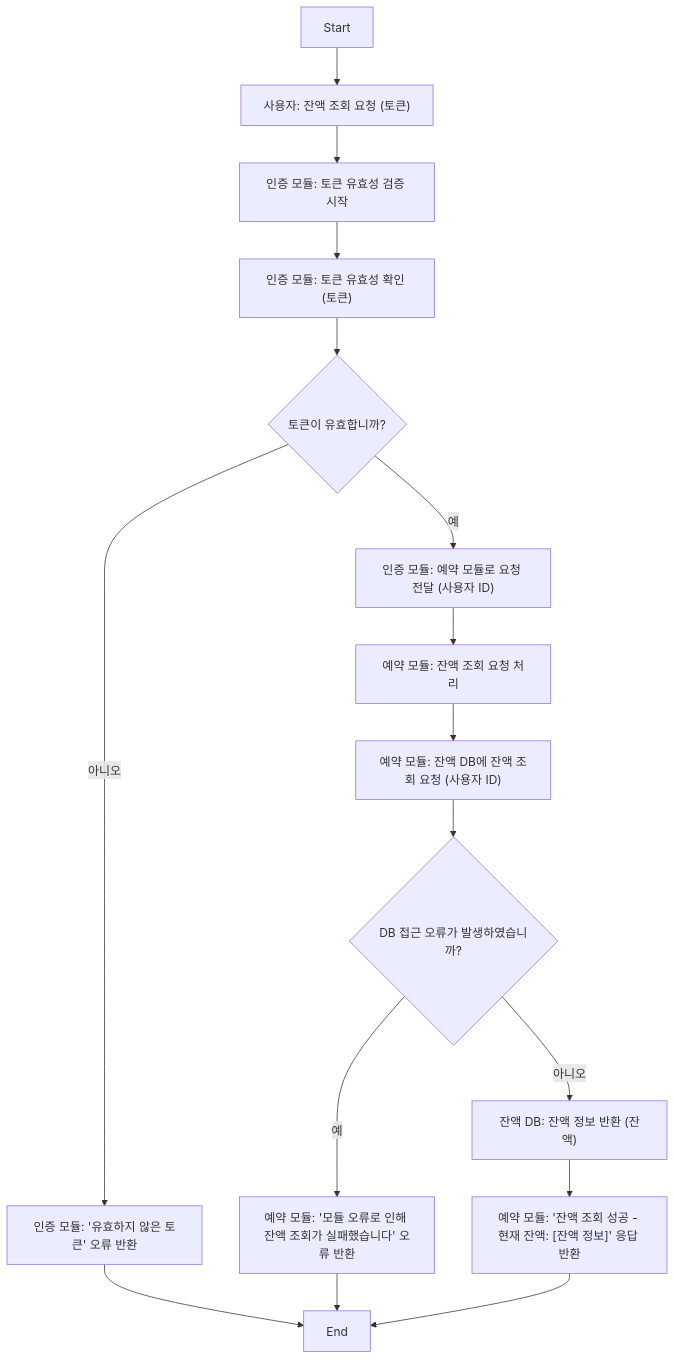
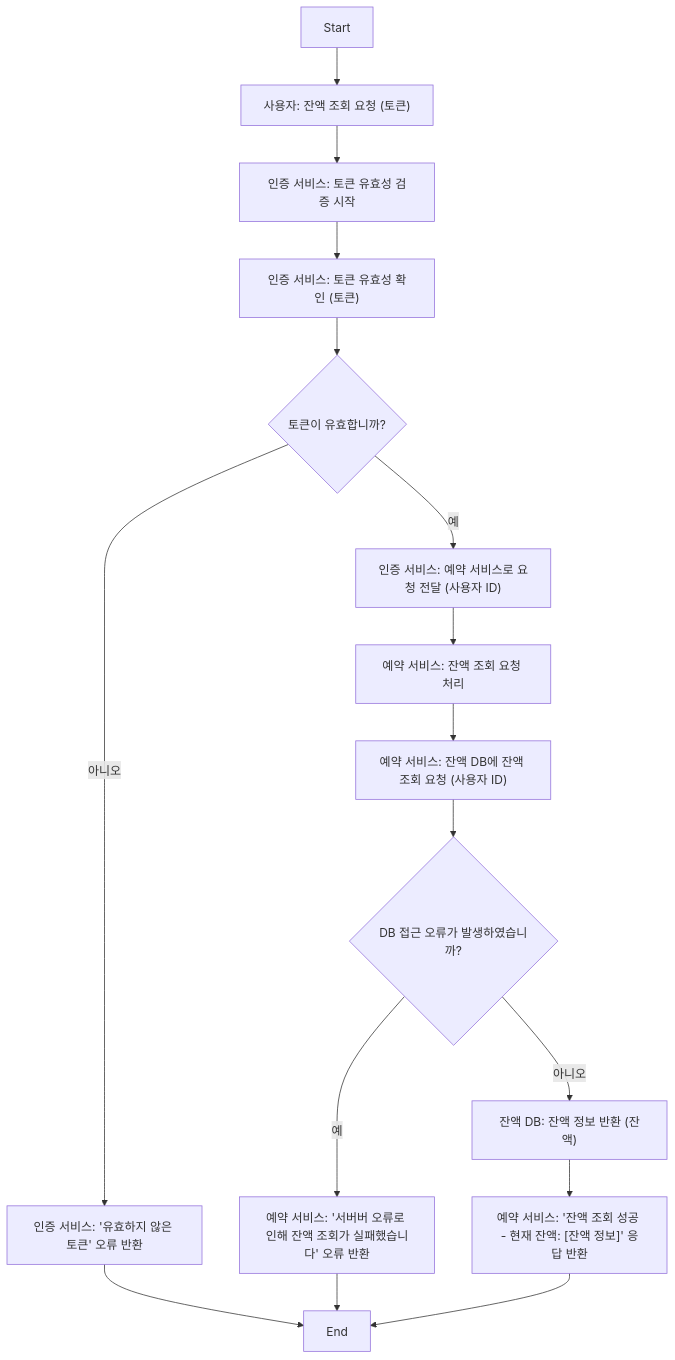
One commit to SooLee99/hhplus-concert-reservation-service changed diagram 13 of 14 in README.md. Above: the diagram before and after it, drawn with Mermaid. The commit also changed other lines of this file, not shown here.

````diff
--- a/README.md
+++ b/README.md
@@ -560,34 +560,34 @@
 ```mermaid
 flowchart TD
     %% 노드 정의
     Start["Start"]
     A_RequestBalance["사용자: 잔액 조회 요청 (토큰)"]
-    B_TokenValidation["인증 모듈: 토큰 유효성 검증 시작"]
-    C_ValidateToken["인증 모듈: 토큰 유효성 확인 (토큰)"]
+    B_TokenValidation["인증 서비스: 토큰 유효성 검증 시작"]
+    C_ValidateToken["인증 서비스: 토큰 유효성 확인 (토큰)"]
     D_TokenValid{"토큰이 유효합니까?"}
-    E_InvalidToken["인증 모듈: '유효하지 않은 토큰' 오류 반환"]
-    F_ForwardRequest["인증 모듈: 예약 모듈로 요청 전달 (사용자 ID)"]
-    G_BalanceInquiry["예약 모듈: 잔액 조회 요청 처리"]
-    H_DBAccess["예약 모듈: 잔액 DB에 잔액 조회 요청 (사용자 ID)"]
+    E_InvalidToken["인증 서비스: '유효하지 않은 토큰' 오류 반환"]
+    F_ForwardRequest["인증 서비스: 예약 서비스로 요청 전달 (사용자 ID)"]
+    G_BalanceInquiry["예약 서비스: 잔액 조회 요청 처리"]
+    H_DBAccess["예약 서비스: 잔액 DB에 잔액 조회 요청 (사용자 ID)"]
     I_DBError{"DB 접근 오류가 발생하였습니까?"}
-    J_DBErrorResponse["예약 모듈: '모듈 오류로 인해 잔액 조회가 실패했습니다' 오류 반환"]
+    J_DBErrorResponse["예약 서비스: '서버버 오류로 인해 잔액 조회가 실패했습니다' 오류 반환"]
     K_BalanceSuccess["잔액 DB: 잔액 정보 반환 (잔액)"]
-    L_ReturnBalance["예약 모듈: '잔액 조회 성공 - 현재 잔액: [잔액 정보]' 응답 반환"]
+    L_ReturnBalance["예약 서비스: '잔액 조회 성공 - 현재 잔액: [잔액 정보]' 응답 반환"]
     End["End"]
     
     %% 흐름 연결
     Start --> A_RequestBalance
     A_RequestBalance --> B_TokenValidation
     B_TokenValidation --> C_ValidateToken
     C_ValidateToken --> D_TokenValid
 
     D_TokenValid -- "아니오" --> E_InvalidToken --> End
     D_TokenValid -- "예" --> F_ForwardRequest
 
     F_ForwardRequest --> G_BalanceInquiry
     G_BalanceInquiry --> H_DBAccess
     H_DBAccess --> I_DBError
 
     I_DBError -- "예" --> J_DBErrorResponse --> End
     I_DBError -- "아니오" --> K_BalanceSuccess --> L_ReturnBalance --> End
 ```
````
